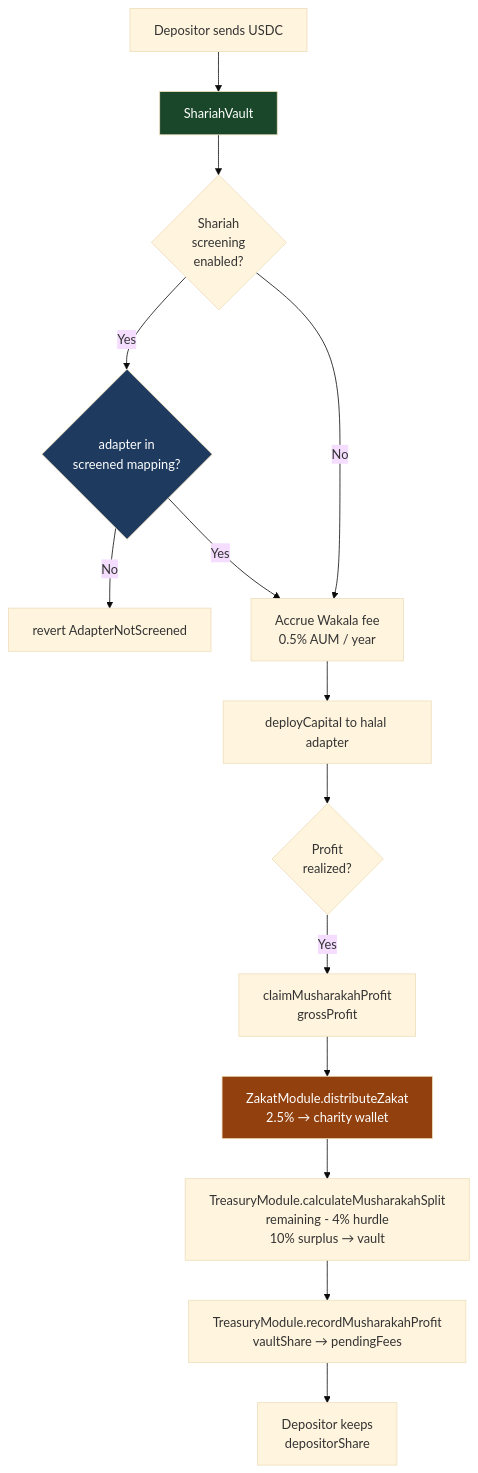
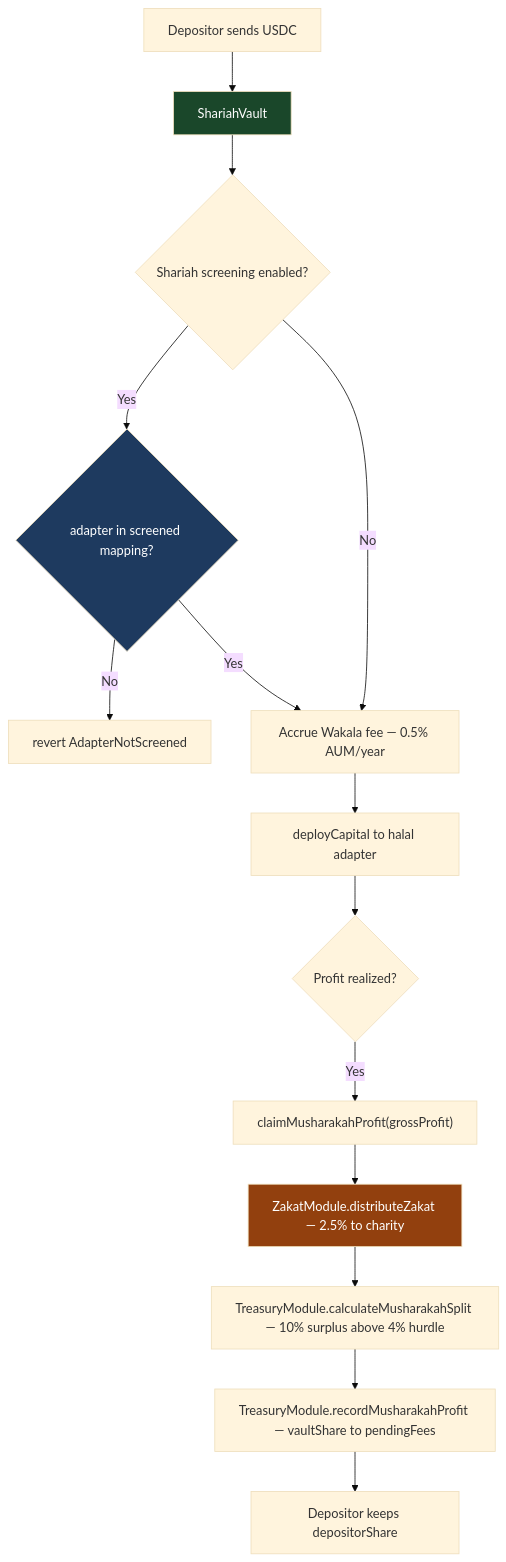
Before and after one commit to 0xhaz/DefiVault-Finance: the eighth of 10 diagrams in README.md, drawn with Mermaid (base theme). The commit also changed other lines of this file, not shown here.

````diff
--- a/README.md
+++ b/README.md
@@ -462,23 +462,23 @@
 ```mermaid
 flowchart TD
     D[Depositor sends USDC] --> SV[ShariahVault]
 
-    SV --> SC{Shariah\nscreening\nenabled?}
-    SC -- Yes --> CH{adapter in\nscreened mapping?}
+    SV --> SC{Shariah screening enabled?}
+    SC -- Yes --> CH{adapter in screened mapping?}
     CH -- No --> REV[revert AdapterNotScreened]
-    CH -- Yes --> WF[Accrue Wakala fee\n0.5% AUM / year]
+    CH -- Yes --> WF["Accrue Wakala fee — 0.5% AUM/year"]
     SC -- No --> WF
 
     WF --> DC[deployCapital to halal adapter]
 
-    DC --> PROFIT{Profit\nrealized?}
-    PROFIT -- Yes --> ZK[claimMusharakahProfit\ngrossProfit]
-    ZK --> ZD[ZakatModule.distributeZakat\n2.5% → charity wallet]
-    ZD --> MS[TreasuryModule.calculateMusharakahSplit\nremaining - 4% hurdle\n10% surplus → vault]
-    MS --> RP[TreasuryModule.recordMusharakahProfit\nvaultShare → pendingFees]
-    RP --> DEP[Depositor keeps\ndepositorShare]
+    DC --> PROFIT{Profit realized?}
+    PROFIT -- Yes --> ZK["claimMusharakahProfit(grossProfit)"]
+    ZK --> ZD["ZakatModule.distributeZakat — 2.5% to charity"]
+    ZD --> MS["TreasuryModule.calculateMusharakahSplit — 10% surplus above 4% hurdle"]
+    MS --> RP["TreasuryModule.recordMusharakahProfit — vaultShare to pendingFees"]
+    RP --> DEP[Depositor keeps depositorShare]
 
     style SV fill:#1a472a,color:#fff
     style ZD fill:#92400e,color:#fff
     style CH fill:#1e3a5f,color:#fff
 ```
````
